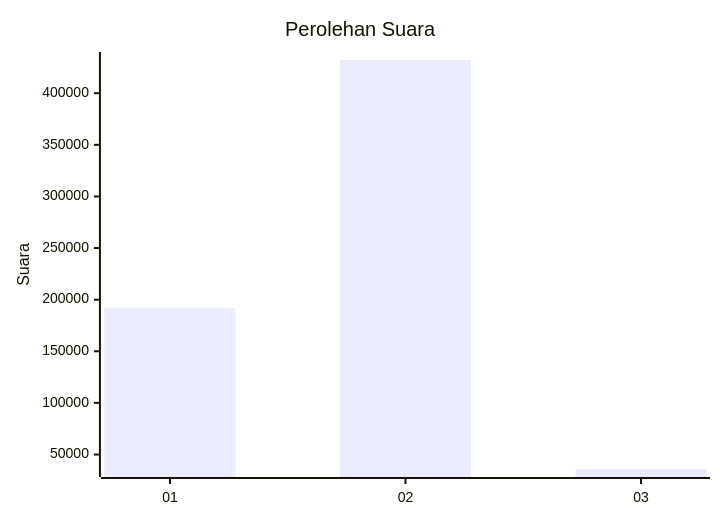
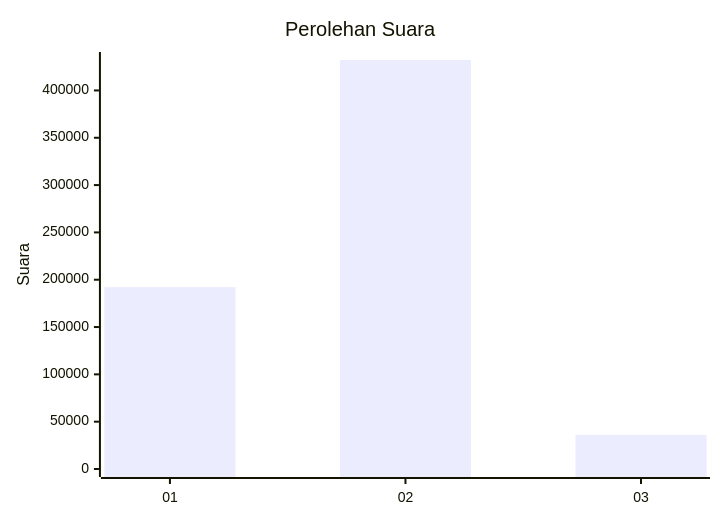
The first of 2 diagrams in pilpres/hitung-suara/sub/table-wilayah-75.md (gigit-pemilu/pemilu-2024), drawn with Mermaid before and after one commit. The commit also changed 42 other files, not shown here.

````diff
--- a/pilpres/hitung-suara/sub/table-wilayah-75.md
+++ b/pilpres/hitung-suara/sub/table-wilayah-75.md
@@ -7,7 +7,7 @@
 ```mermaid
 xychart-beta
     title "Perolehan Suara"
     x-axis [01, 02, 03]
-    y-axis "Suara"
+    y-axis "Suara" 0 --> 432164
     bar [192164, 432164, 35974]
 ```
````
